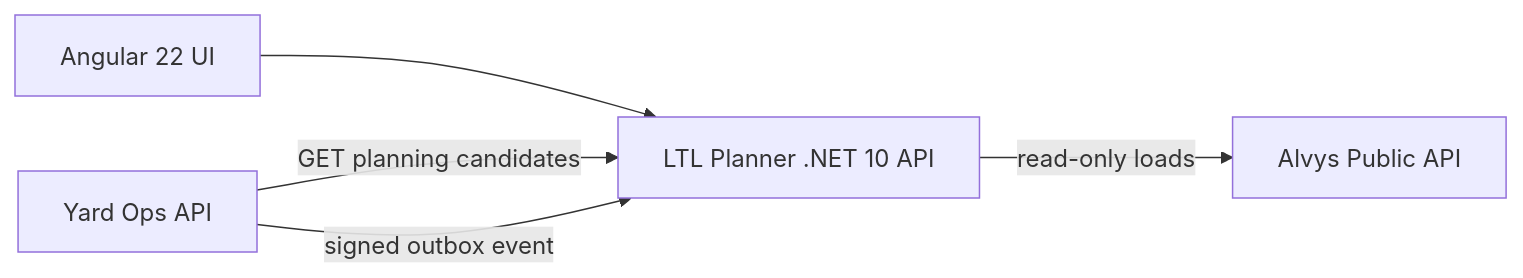
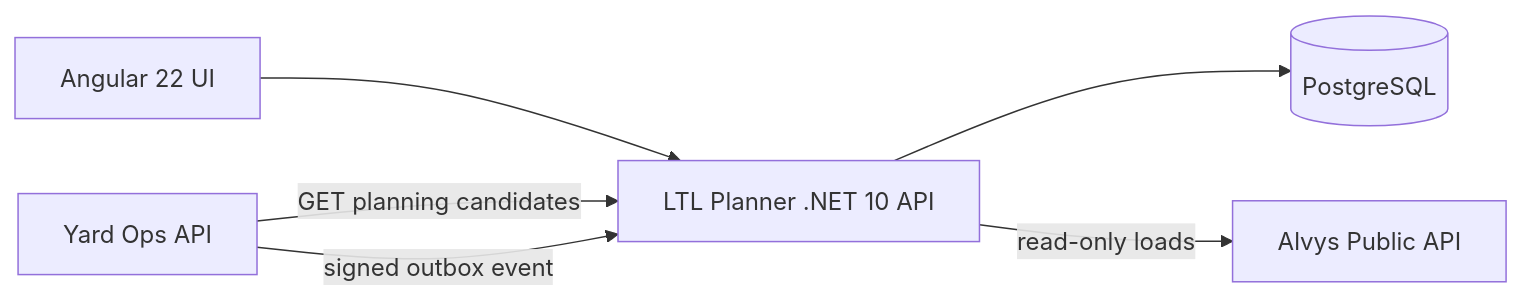
Before and after one commit to poker-kid-100717/ltl-planner: the diagram in docs/architecture.md, drawn with Mermaid. The commit also changed other lines of this file and 60 other files, not shown here.

````diff
--- a/docs/architecture.md
+++ b/docs/architecture.md
@@ -3,7 +3,8 @@
 ```mermaid
 flowchart LR
   WEB[Angular 22 UI] --> API[LTL Planner .NET 10 API]
+  API --> DB[(PostgreSQL)]
   API -->|read-only loads| ALVYS[Alvys Public API]
   YARD[Yard Ops API] -->|GET planning candidates| API
   YARD -->|signed outbox event| API
 ```
````
